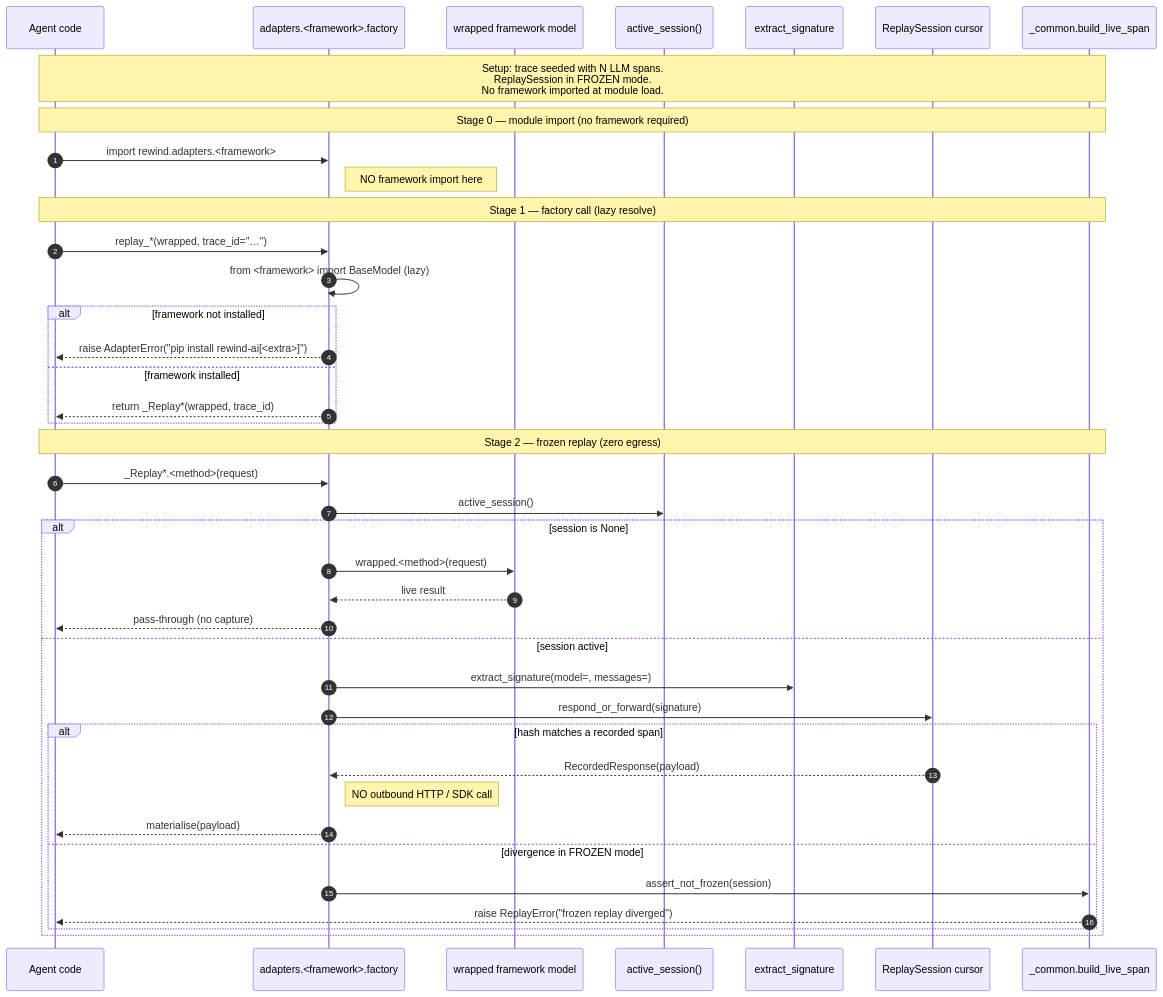
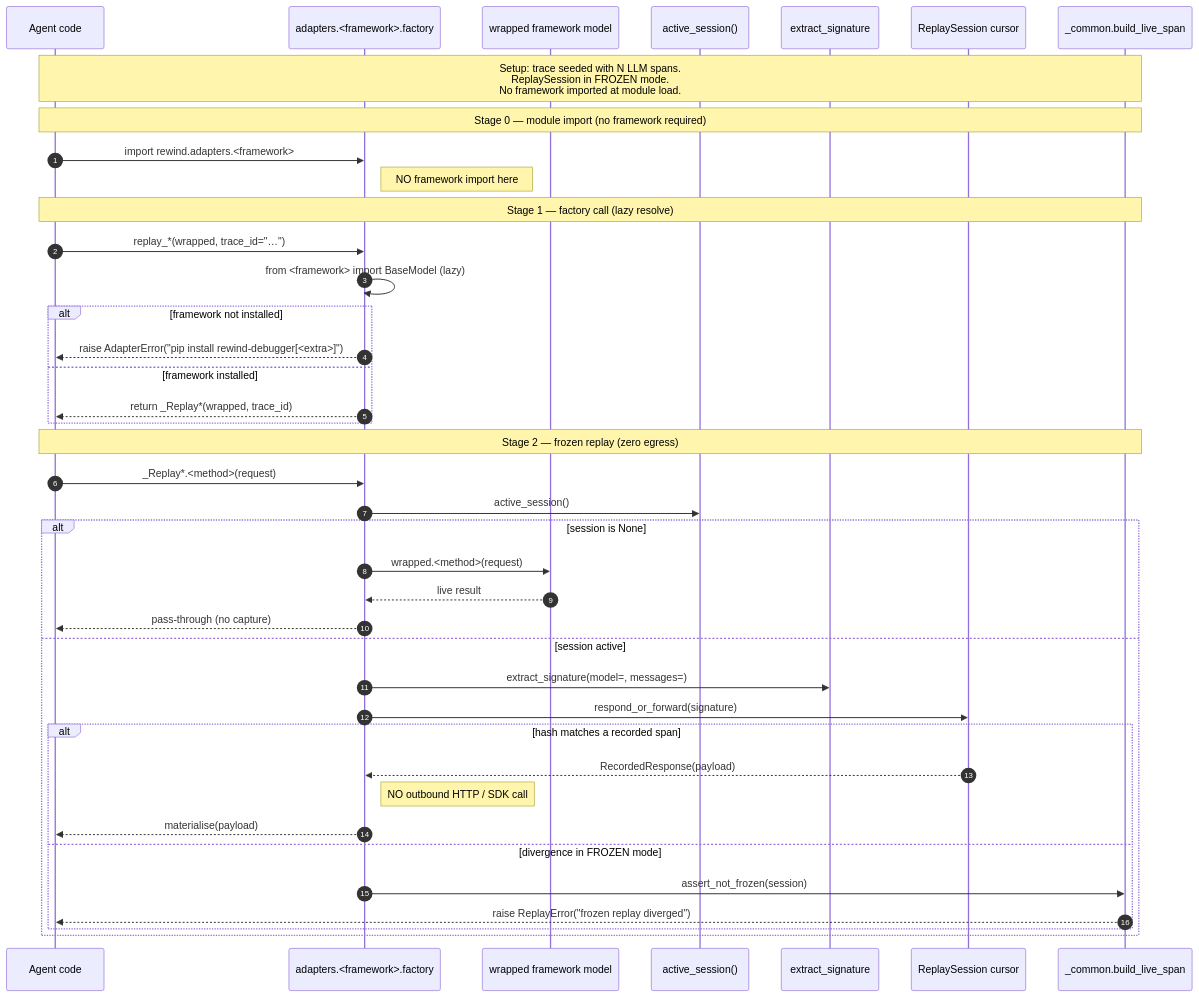
Before and after one commit to akshay-mp/Rewind: the second of 3 diagrams in docs/phases/phase-6.md, drawn with Mermaid. The commit also changed other lines of this file and 35 other files, not shown here.

Commit message:
package Rewind for pip distribution

````diff
--- a/docs/phases/phase-6.md
+++ b/docs/phases/phase-6.md
@@ -200,46 +200,46 @@
 ```mermaid
 sequenceDiagram
     autonumber
     participant A as Agent code
     participant F as adapters.<framework>.factory
     participant W as wrapped framework model
     participant S as active_session()
     participant Sig as extract_signature
     participant Cursor as ReplaySession cursor
     participant C as _common.build_live_span
 
     Note over A,C: Setup: trace seeded with N LLM spans.<br/>ReplaySession in FROZEN mode.<br/>No framework imported at module load.
 
     Note over A,C: Stage 0 — module import (no framework required)
     A->>F: import rewind.adapters.<framework>
     Note right of F: NO framework import here
 
     Note over A,C: Stage 1 — factory call (lazy resolve)
     A->>F: replay_*(wrapped, trace_id="…")
     F->>F: from <framework> import BaseModel  (lazy)
     alt framework not installed
-        F-->>A: raise AdapterError("pip install rewind-ai[<extra>]")
+        F-->>A: raise AdapterError("pip install rewind-debugger[<extra>]")
     else framework installed
         F-->>A: return _Replay*(wrapped, trace_id)
     end
 
     Note over A,C: Stage 2 — frozen replay (zero egress)
     A->>F: _Replay*.<method>(request)
     F->>S: active_session()
     alt session is None
         F->>W: wrapped.<method>(request)
         W-->>F: live result
         F-->>A: pass-through (no capture)
     else session active
         F->>Sig: extract_signature(model=, messages=)
         F->>Cursor: respond_or_forward(signature)
         alt hash matches a recorded span
             Cursor-->>F: RecordedResponse(payload)
             Note right of F: NO outbound HTTP / SDK call
             F-->>A: materialise(payload)
         else divergence in FROZEN mode
             F->>C: assert_not_frozen(session)
             C-->>A: raise ReplayError("frozen replay diverged")
         end
     end
 ```
````
